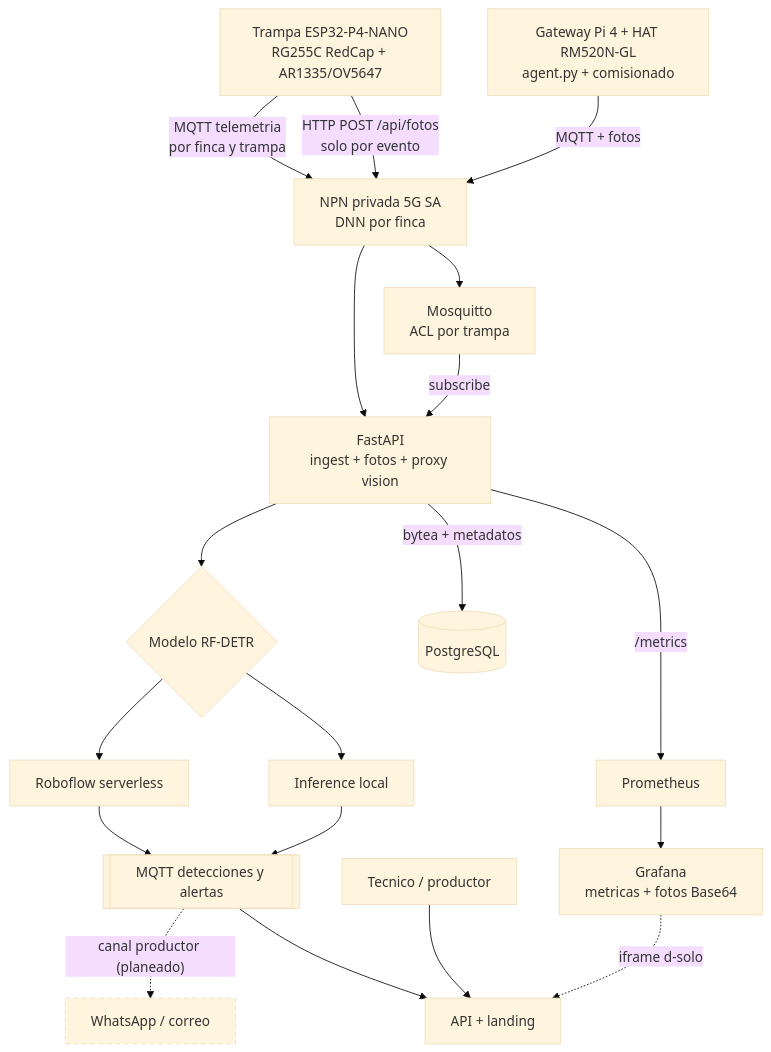
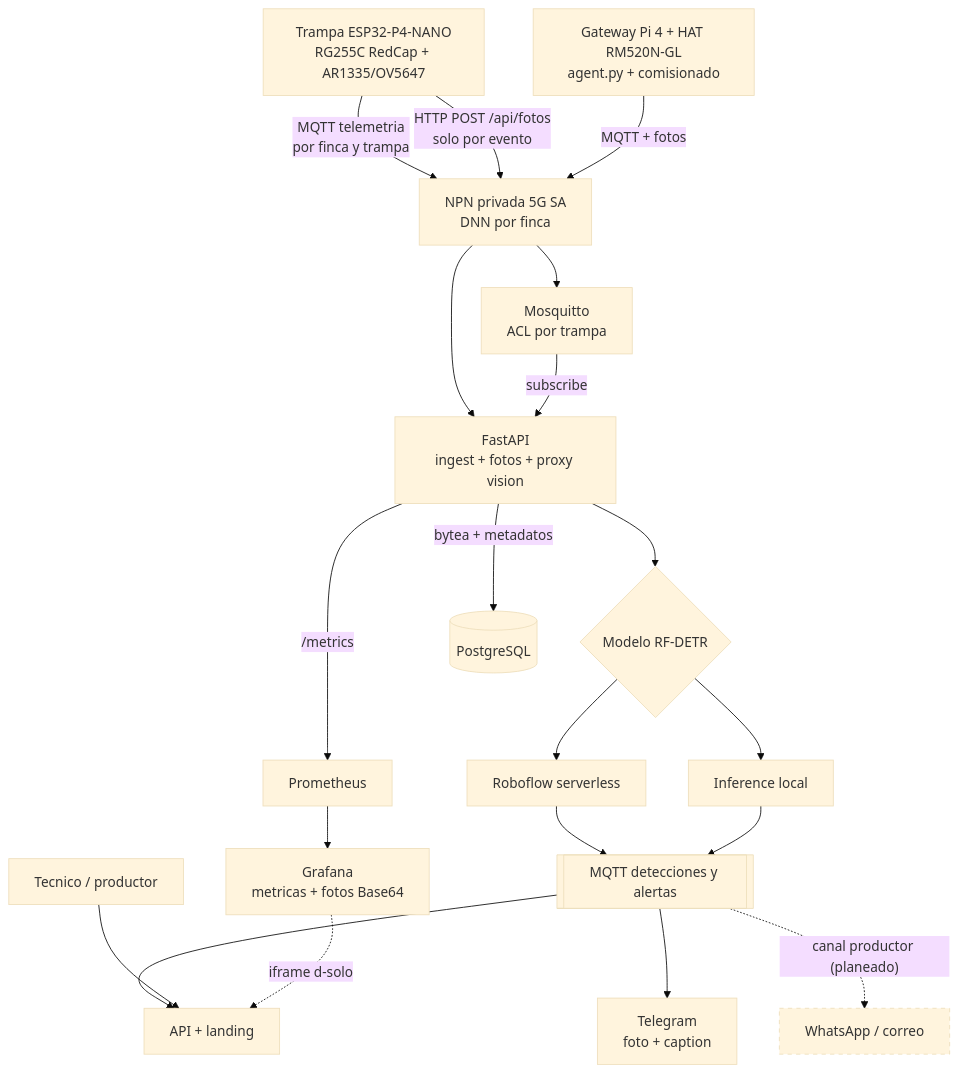
Before and after one commit to vertivolatam/hackathon-5g-2026: the first of 2 diagrams in docs-site/docs/explanation/arquitectura.md, drawn with Mermaid (base theme). The commit also changed other lines of this file and 10 other files, not shown here.

````diff
--- a/docs-site/docs/explanation/arquitectura.md
+++ b/docs-site/docs/explanation/arquitectura.md
@@ -9,24 +9,25 @@
 ```mermaid
 graph TD
     T["Trampa ESP32-P4-NANO<br/>RG255C RedCap + AR1335/OV5647"] -->|MQTT telemetria<br/>por finca y trampa| NPN
     T -->|HTTP POST /api/fotos<br/>solo por evento| NPN
     G["Gateway Pi 4 + HAT RM520N-GL<br/>agent.py + comisionado"] -->|MQTT + fotos| NPN
     NPN["NPN privada 5G SA<br/>DNN por finca"] --> M
     NPN --> B
     M["Mosquitto<br/>ACL por trampa"] -->|subscribe| B["FastAPI<br/>ingest + fotos + proxy vision"]
     B --> S{"Modelo RF-DETR"}
     S --> C["Roboflow serverless"]
     S --> L["Inference local"]
     C --> D[["MQTT detecciones y alertas"]]
     L --> D
     B -->|bytea + metadatos| P[("PostgreSQL")]
     B -->|/metrics| PR["Prometheus"]
     PR --> GR["Grafana<br/>metricas + fotos Base64"]
     D --> APIV["API + landing"]
+    D --> TG["Telegram<br/>foto + caption"]
     D -. canal productor (planeado) .-> WA["WhatsApp / correo"]
     CEL["Tecnico / productor"] --> APIV
     GR -. iframe d-solo .-> APIV
 
     classDef planeado stroke-dasharray:5 5;
     class WA planeado;
 ```
````
